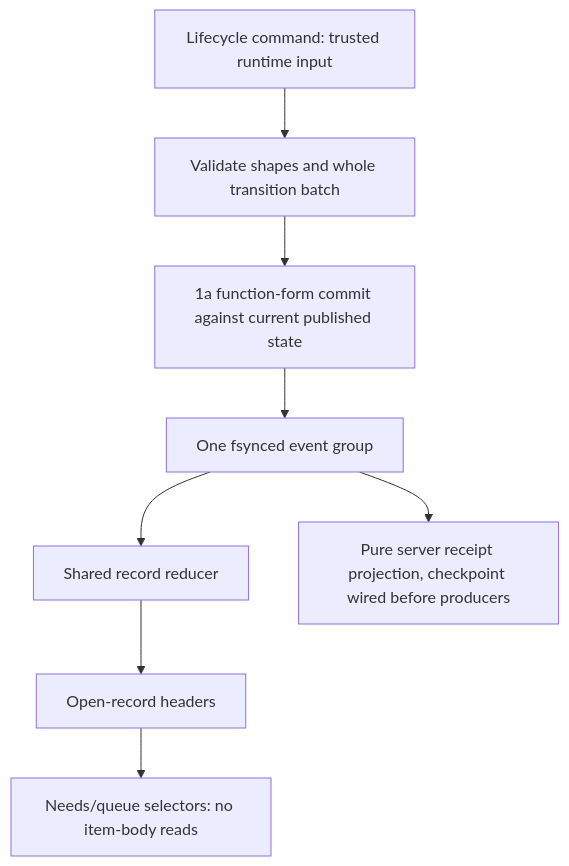
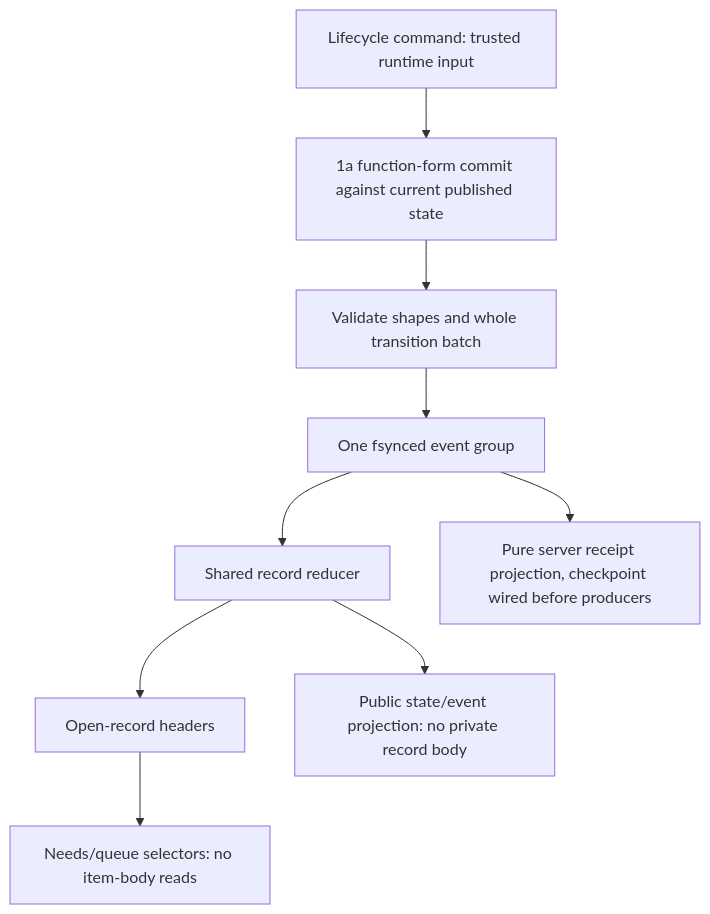
One commit to HJeon139/postbox changed the first of 2 diagrams in designs/508/a1-record-shape.md. Above: the diagram before and after it, drawn with Mermaid. The commit also changed other lines of this file, not shown here.

Commit message:
docs: address A1 projection replay and command outcome review

````diff
--- a/designs/508/a1-record-shape.md
+++ b/designs/508/a1-record-shape.md
@@ -23,10 +23,11 @@
 ```mermaid
 flowchart TD
-  C["Lifecycle command: trusted runtime input"] --> V["Validate shapes and whole transition batch"]
-  V --> S["1a function-form commit against current published state"]
-  S --> D["One fsynced event group"]
+  C["Lifecycle command: trusted runtime input"] --> S["1a function-form commit against current published state"]
+  S --> V["Validate shapes and whole transition batch"]
+  V --> D["One fsynced event group"]
   D --> R["Shared record reducer"]
   R --> O["Open-record headers"]
   D --> P["Pure server receipt projection, checkpoint wired before producers"]
   O --> N["Needs/queue selectors: no item-body reads"]
+  R --> H["Public state/event projection: no private record body"]
 ```
````
